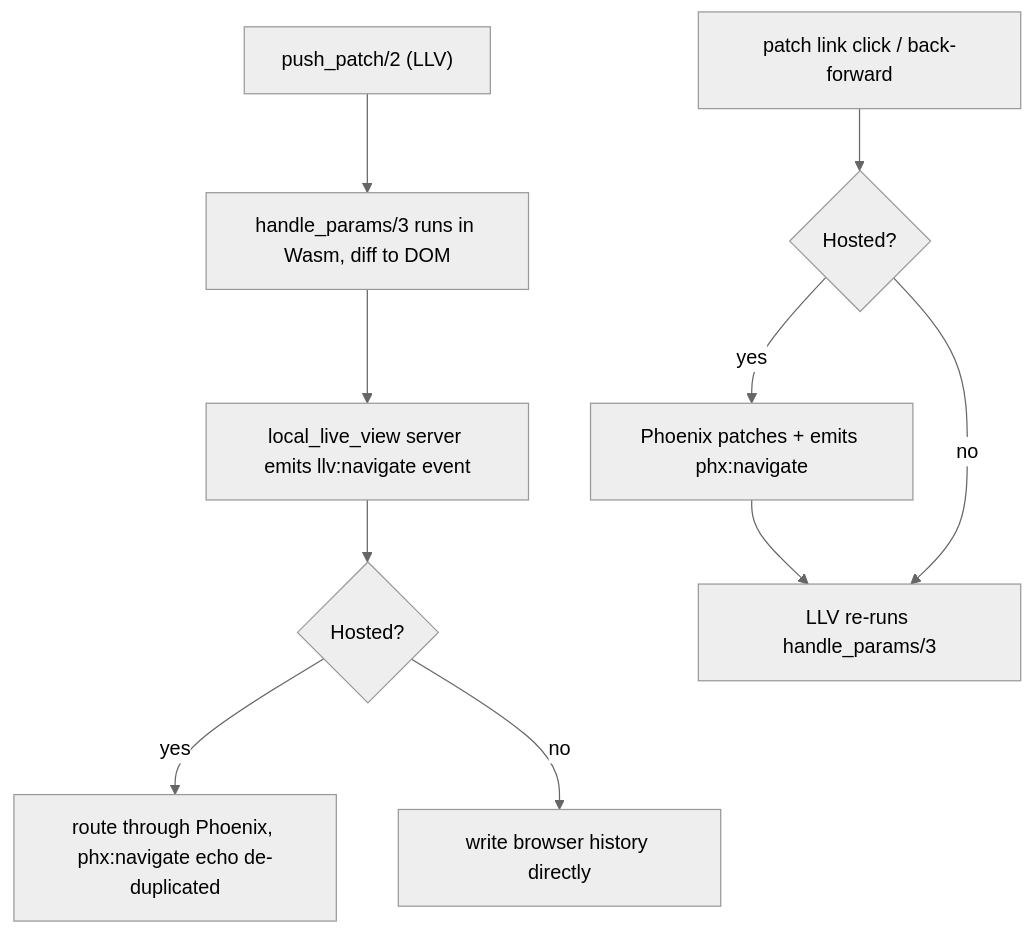
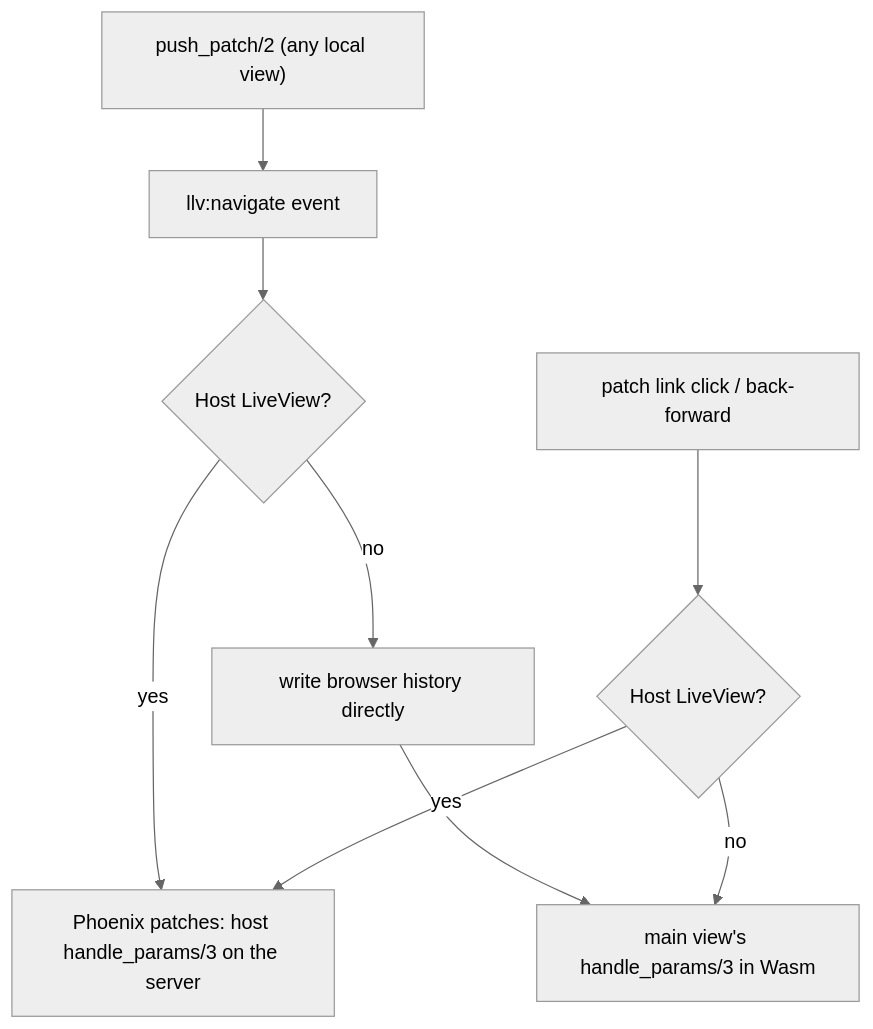
The diagram in local-live-view/pages/guides/navigation.md (software-mansion/popcorn), drawn with Mermaid (neutral theme) before and after one commit. The commit also changed other lines of this file and 18 other files, not shown here.

````diff
--- a/local-live-view/pages/guides/navigation.md
+++ b/local-live-view/pages/guides/navigation.md
@@ -96,12 +95,11 @@
 ```mermaid
 flowchart TD
-    PP["push_patch/2 (LLV)"] --> Wasm["handle_params/3 runs in Wasm, diff to DOM"]
-    Wasm --> EMIT["local_live_view server emits llv:navigate event"]
-    EMIT --> H{Hosted?}
-    H -- yes --> PHX["route through Phoenix, phx:navigate echo de-duplicated"]
-    H -- no --> HIST["write browser history directly"]
+    PP["push_patch/2 (any local view)"] --> EMIT["llv:navigate event"]
+    EMIT --> H{Host LiveView?}
+    H -- yes --> PHX["Phoenix patches: host handle_params/3 on the server"]
+    H -- no --> HIST["write browser history directly"] --> MAIN["main view's handle_params/3 in Wasm"]
 
-    CLICK["patch link click / back-forward"] --> H2{Hosted?}
-    H2 -- yes --> NAV["Phoenix patches + emits phx:navigate"] --> LLV["LLV re-runs handle_params/3"]
-    H2 -- no --> LLV
+    CLICK["patch link click / back-forward"] --> H2{Host LiveView?}
+    H2 -- yes --> PHX
+    H2 -- no --> MAIN
 ```
````
